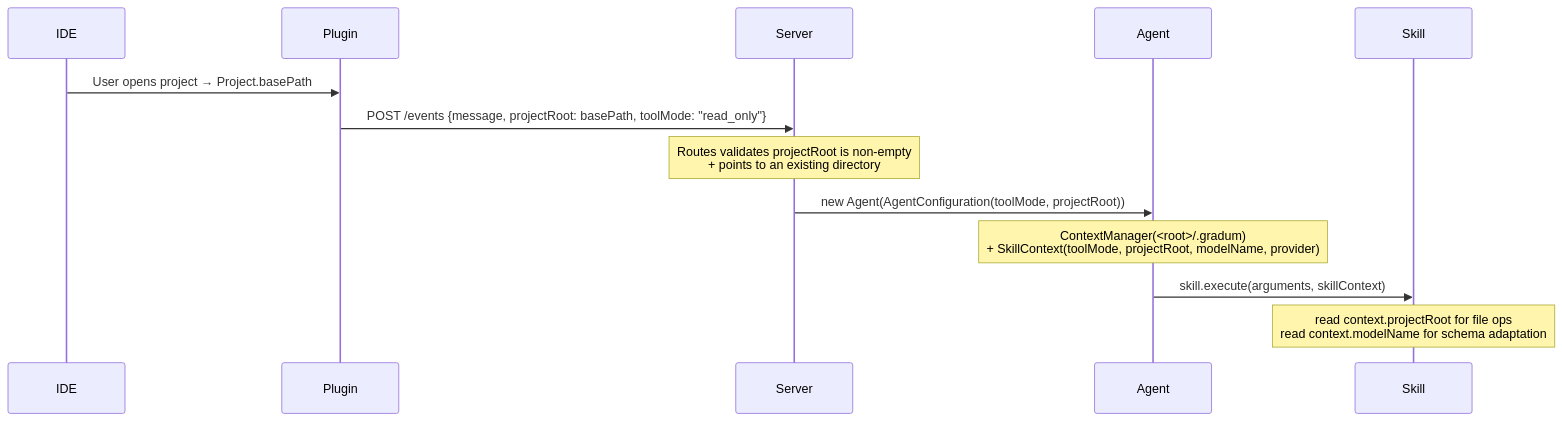
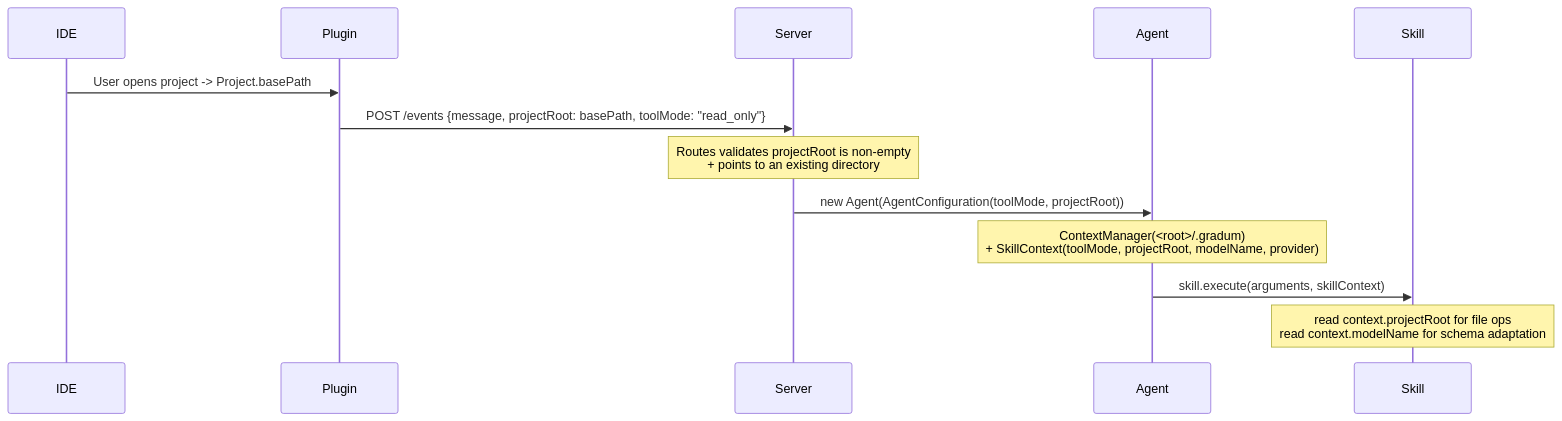
One commit to lg841226/Gradum changed the fourth of 4 diagrams in docs/PLUGIN_DEVELOPMENT.md. Above: the diagram before and after it, drawn with Mermaid. The commit also changed other lines of this file and 54 other files, not shown here.

````diff
--- a/docs/PLUGIN_DEVELOPMENT.md
+++ b/docs/PLUGIN_DEVELOPMENT.md
@@ -1066,15 +1067,15 @@
 ```mermaid
 sequenceDiagram
     participant IDE
     participant Plugin
     participant Server
     participant Agent
     participant Skill
-    IDE ->> Plugin: User opens project → Project.basePath
+    IDE ->> Plugin: User opens project -> Project.basePath
     Plugin ->> Server: POST /events {message, projectRoot: basePath, toolMode: "read_only"}
     Note over Server: Routes validates projectRoot is non-empty<br/>+ points to an existing directory
     Server ->> Agent: new Agent(AgentConfiguration(toolMode, projectRoot))
     Note over Agent: ContextManager(<root>/.gradum)<br/>+ SkillContext(toolMode, projectRoot, modelName, provider)
     Agent ->> Skill: skill.execute(arguments, skillContext)
     Note over Skill: read context.projectRoot for file ops<br/>read context.modelName for schema adaptation
 ```
````
